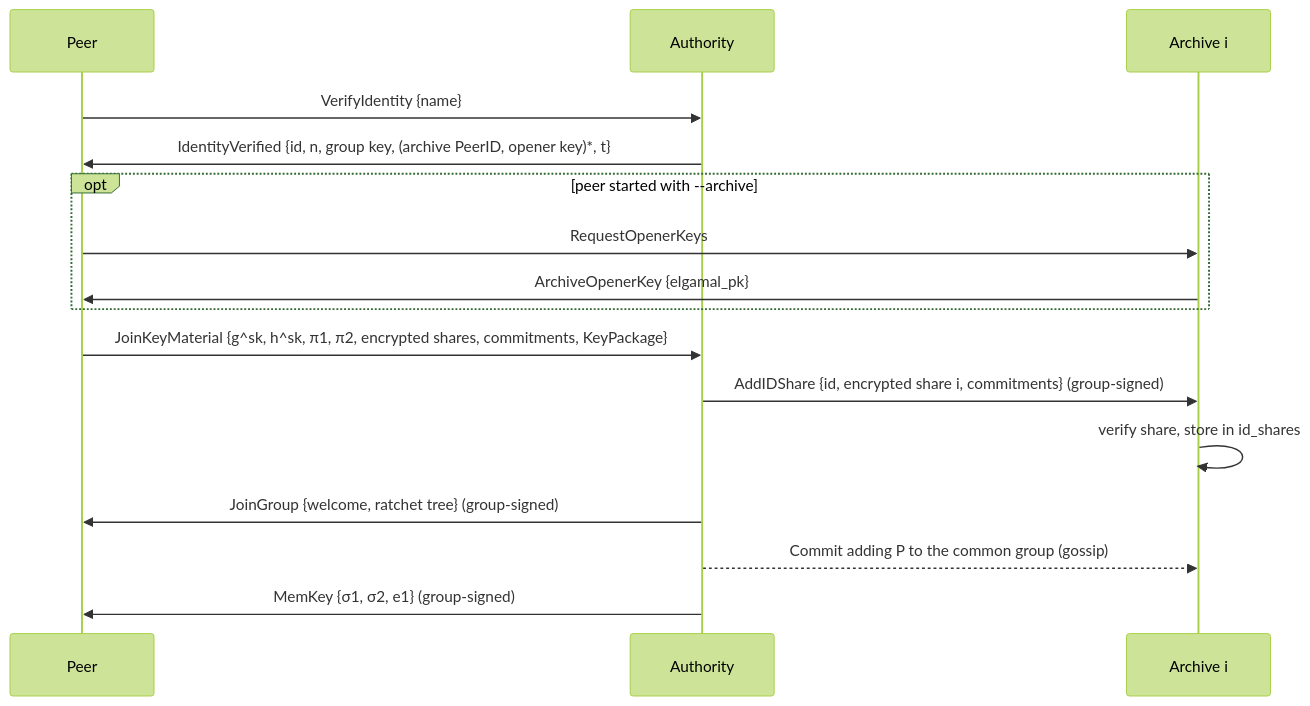
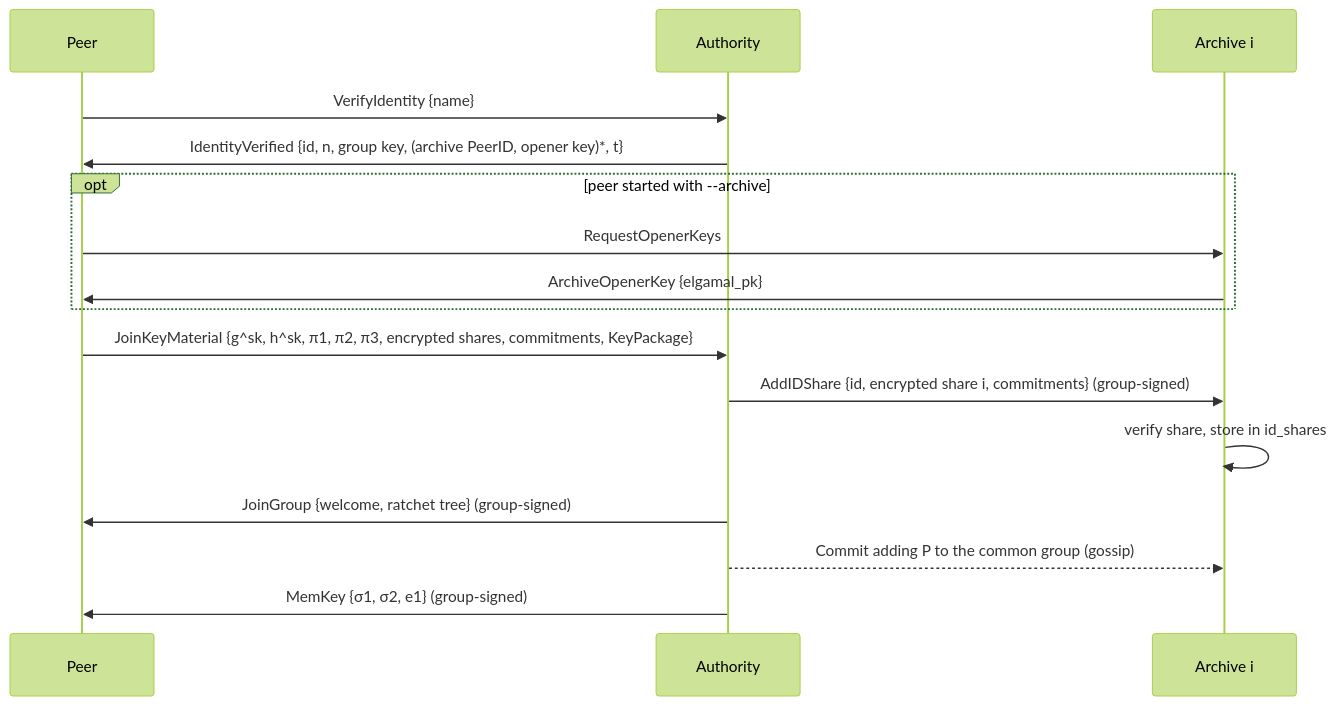
The diagram in docs/PROTOCOL.md (VeroSec/DACTIE), drawn with Mermaid (forest theme) before and after one commit. The commit also changed other lines of this file and 12 other files, not shown here.

First line of the commit message:
Prove that opening shares hide the member's key

````diff
--- a/docs/PROTOCOL.md
+++ b/docs/PROTOCOL.md
@@ -78,18 +78,18 @@
 ```mermaid
 sequenceDiagram
     participant P as Peer
     participant AA as Authority
     participant A as Archive i
     P->>AA: VerifyIdentity {name}
     AA->>P: IdentityVerified {id, n, group key, (archive PeerID, opener key)*, t}
     opt peer started with --archive
         P->>A: RequestOpenerKeys
         A->>P: ArchiveOpenerKey {elgamal_pk}
     end
-    P->>AA: JoinKeyMaterial {g^sk, h^sk, π1, π2, encrypted shares, commitments, KeyPackage}
+    P->>AA: JoinKeyMaterial {g^sk, h^sk, π1, π2, π3, encrypted shares, commitments, KeyPackage}
     AA->>A: AddIDShare {id, encrypted share i, commitments} (group-signed)
     A->>A: verify share, store in id_shares
     AA->>P: JoinGroup {welcome, ratchet tree} (group-signed)
     AA-->>A: Commit adding P to the common group (gossip)
     AA->>P: MemKey {σ1, σ2, e1} (group-signed)
 ```
````
